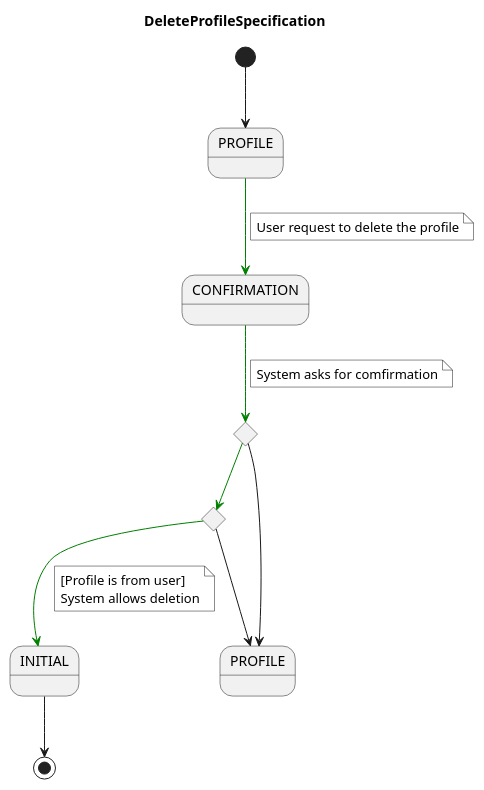
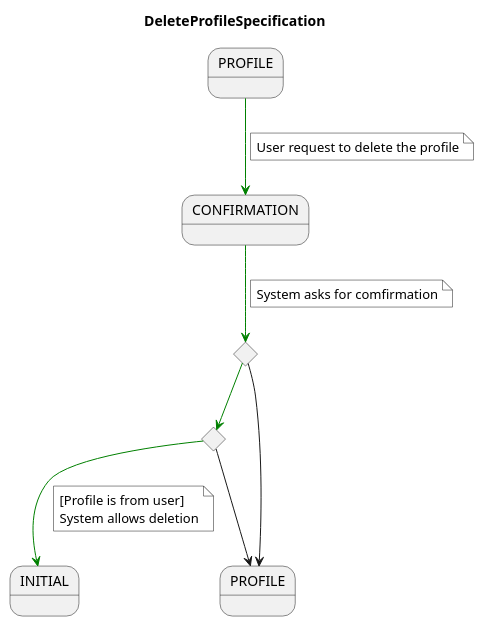
The diagram in docs/src/use-cases/specs/deleteprofile.spec.puml (fraylopez/tinder), drawn with PlantUML before and after one commit. The commit also changed 2 other files, not shown here.

Commit message:
Delete profile spec versino 2

```diff
--- a/docs/src/use-cases/specs/deleteprofile.spec.puml
+++ b/docs/src/use-cases/specs/deleteprofile.spec.puml
@@ -1,34 +1,31 @@
 @startuml DeleteProfileSpecification
 
 title DeleteProfileSpecification
 
 skinparam NoteBackgroundColor white
 
 state PROFILE
 state CONFIRMATION
 state confirms <<choice>>
 state is_profile_from_user <<choice>>
 state PROFILE_END as "PROFILE"
 state INITIAL
 
-[*] --> PROFILE
 PROFILE -[#green]-> CONFIRMATION
 note on link
 User request to delete the profile
 end note
 CONFIRMATION -[#green]-> confirms
 note on link
 System asks for comfirmation
 end note
 confirms -[#green]-> is_profile_from_user
 confirms --> PROFILE_END
 is_profile_from_user --> PROFILE_END
 is_profile_from_user -[#green]-> INITIAL
 note on link
 [Profile is from user]
 System allows deletion
 end note
 
-INITIAL --> [*]
-
 @enduml
```
